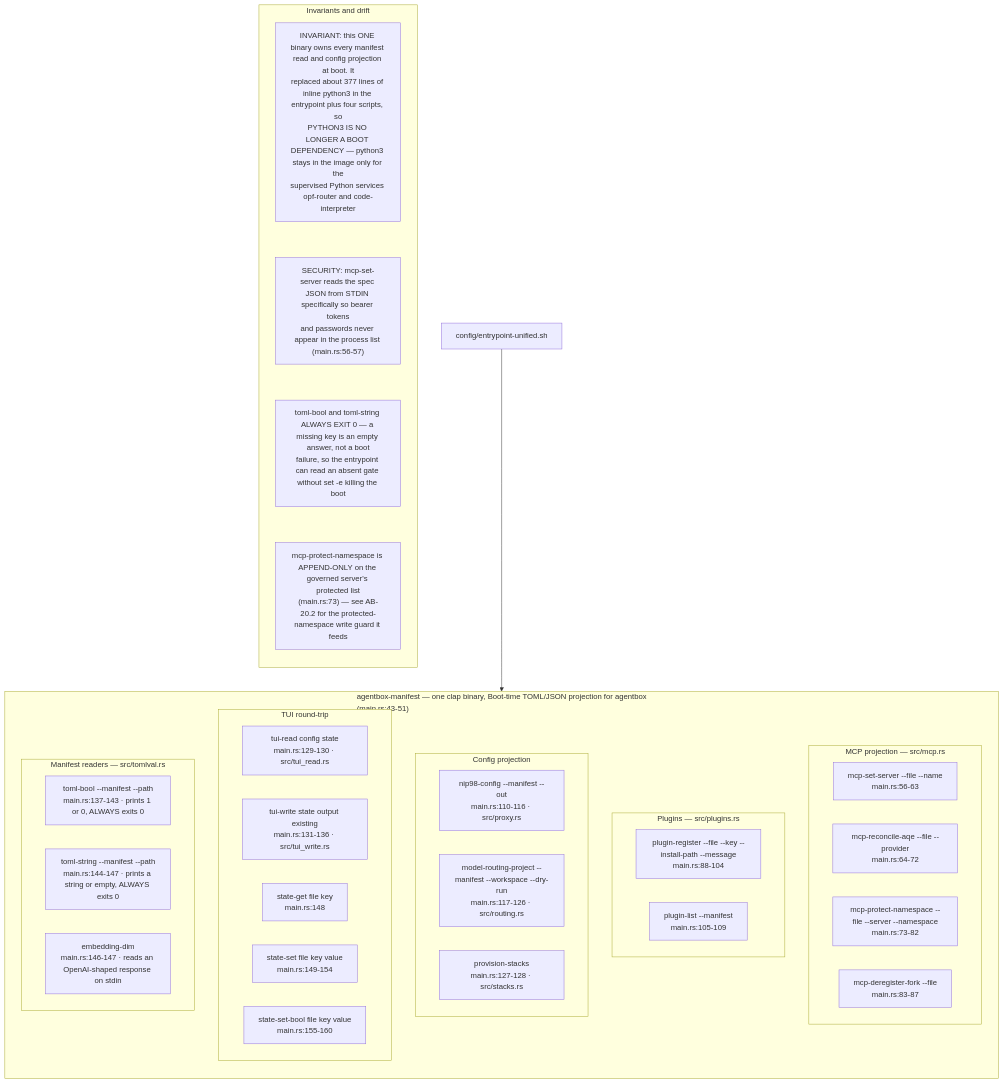
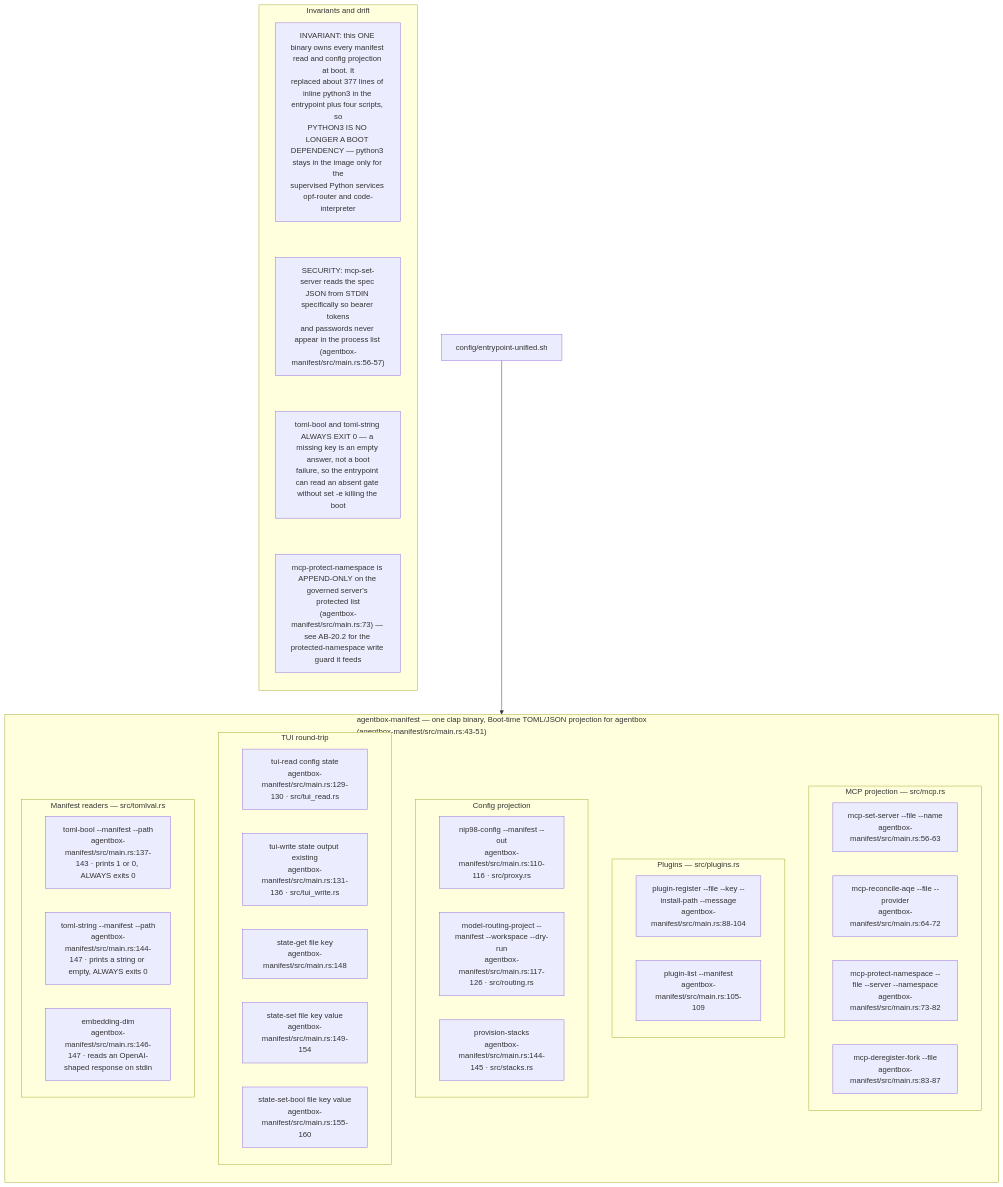
The first of 10 diagrams in docs/diagrams/agentbox/28-agentbox-services-and-manifest-binary.md (DreamLab-AI/VisionFlow), drawn with Mermaid before and after one commit. The commit also changed other lines of this file and 185 other files, not shown here.

Commit message:
docs(estate): reconcile diagrams and ADRs with source and define closeout sprint

````diff
--- a/docs/diagrams/agentbox/28-agentbox-services-and-manifest-binary.md
+++ b/docs/diagrams/agentbox/28-agentbox-services-and-manifest-binary.md
@@ -75,42 +76,42 @@
 ```mermaid
 flowchart TB
-    subgraph cli["agentbox-manifest — one clap binary, Boot-time TOML/JSON projection for agentbox<br/>(main.rs:43-51)"]
+    subgraph cli["agentbox-manifest — one clap binary, Boot-time TOML/JSON projection for agentbox<br/>(agentbox-manifest/src/main.rs:43-51)"]
         direction TB
         subgraph mcpg["MCP projection — src/mcp.rs"]
-            C1["mcp-set-server --file --name<br/>main.rs:56-63"]
-            C2["mcp-reconcile-aqe --file --provider<br/>main.rs:64-72"]
-            C3["mcp-protect-namespace --file --server --namespace<br/>main.rs:73-82"]
-            C4["mcp-deregister-fork --file<br/>main.rs:83-87"]
+            C1["mcp-set-server --file --name<br/>agentbox-manifest/src/main.rs:56-63"]
+            C2["mcp-reconcile-aqe --file --provider<br/>agentbox-manifest/src/main.rs:64-72"]
+            C3["mcp-protect-namespace --file --server --namespace<br/>agentbox-manifest/src/main.rs:73-82"]
+            C4["mcp-deregister-fork --file<br/>agentbox-manifest/src/main.rs:83-87"]
         end
         subgraph plug["Plugins — src/plugins.rs"]
-            C5["plugin-register --file --key --install-path --message<br/>main.rs:88-104"]
-            C6["plugin-list --manifest<br/>main.rs:105-109"]
+            C5["plugin-register --file --key --install-path --message<br/>agentbox-manifest/src/main.rs:88-104"]
+            C6["plugin-list --manifest<br/>agentbox-manifest/src/main.rs:105-109"]
         end
         subgraph proj["Config projection"]
-            C7["nip98-config --manifest --out<br/>main.rs:110-116 · src/proxy.rs"]
-            C8["model-routing-project --manifest --workspace --dry-run<br/>main.rs:117-126 · src/routing.rs"]
-            C9["provision-stacks<br/>main.rs:127-128 · src/stacks.rs"]
+            C7["nip98-config --manifest --out<br/>agentbox-manifest/src/main.rs:110-116 · src/proxy.rs"]
+            C8["model-routing-project --manifest --workspace --dry-run<br/>agentbox-manifest/src/main.rs:117-126 · src/routing.rs"]
+            C9["provision-stacks<br/>agentbox-manifest/src/main.rs:144-145 · src/stacks.rs"]
         end
         subgraph tui["TUI round-trip"]
-            C10["tui-read config state<br/>main.rs:129-130 · src/tui_read.rs"]
-            C11["tui-write state output existing<br/>main.rs:131-136 · src/tui_write.rs"]
-            C12["state-get file key<br/>main.rs:148"]
-            C13["state-set file key value<br/>main.rs:149-154"]
-            C14["state-set-bool file key value<br/>main.rs:155-160"]
+            C10["tui-read config state<br/>agentbox-manifest/src/main.rs:129-130 · src/tui_read.rs"]
+            C11["tui-write state output existing<br/>agentbox-manifest/src/main.rs:131-136 · src/tui_write.rs"]
+            C12["state-get file key<br/>agentbox-manifest/src/main.rs:148"]
+            C13["state-set file key value<br/>agentbox-manifest/src/main.rs:149-154"]
+            C14["state-set-bool file key value<br/>agentbox-manifest/src/main.rs:155-160"]
         end
         subgraph read["Manifest readers — src/tomlval.rs"]
-            C15["toml-bool --manifest --path<br/>main.rs:137-143 · prints 1 or 0, ALWAYS exits 0"]
-            C16["toml-string --manifest --path<br/>main.rs:144-147 · prints a string or empty, ALWAYS exits 0"]
-            C17["embedding-dim<br/>main.rs:146-147 · reads an OpenAI-shaped response on stdin"]
+            C15["toml-bool --manifest --path<br/>agentbox-manifest/src/main.rs:137-143 · prints 1 or 0, ALWAYS exits 0"]
+            C16["toml-string --manifest --path<br/>agentbox-manifest/src/main.rs:144-147 · prints a string or empty, ALWAYS exits 0"]
+            C17["embedding-dim<br/>agentbox-manifest/src/main.rs:146-147 · reads an OpenAI-shaped response on stdin"]
         end
     end
     EP["config/entrypoint-unified.sh"] --> cli
     subgraph notes["Invariants and drift"]
         direction TB
         N1["INVARIANT: this ONE binary owns every manifest read and config projection at boot. It<br/>replaced about 377 lines of inline python3 in the entrypoint plus four scripts, so<br/>PYTHON3 IS NO LONGER A BOOT DEPENDENCY — python3 stays in the image only for the<br/>supervised Python services opf-router and code-interpreter"]
-        N2["SECURITY: mcp-set-server reads the spec JSON from STDIN specifically so bearer tokens<br/>and passwords never appear in the process list (main.rs:56-57)"]
+        N2["SECURITY: mcp-set-server reads the spec JSON from STDIN specifically so bearer tokens<br/>and passwords never appear in the process list (agentbox-manifest/src/main.rs:56-57)"]
         N3["toml-bool and toml-string ALWAYS EXIT 0 — a missing key is an empty answer, not a boot<br/>failure, so the entrypoint can read an absent gate without set -e killing the boot"]
-        N4["mcp-protect-namespace is APPEND-ONLY on the governed server's protected list<br/>(main.rs:73) — see AB-20.2 for the protected-namespace write guard it feeds"]
+        N4["mcp-protect-namespace is APPEND-ONLY on the governed server's protected list<br/>(agentbox-manifest/src/main.rs:73) — see AB-20.2 for the protected-namespace write guard it feeds"]
         N1 ~~~ N2 ~~~ N3 ~~~ N4
     end
 ```
````
